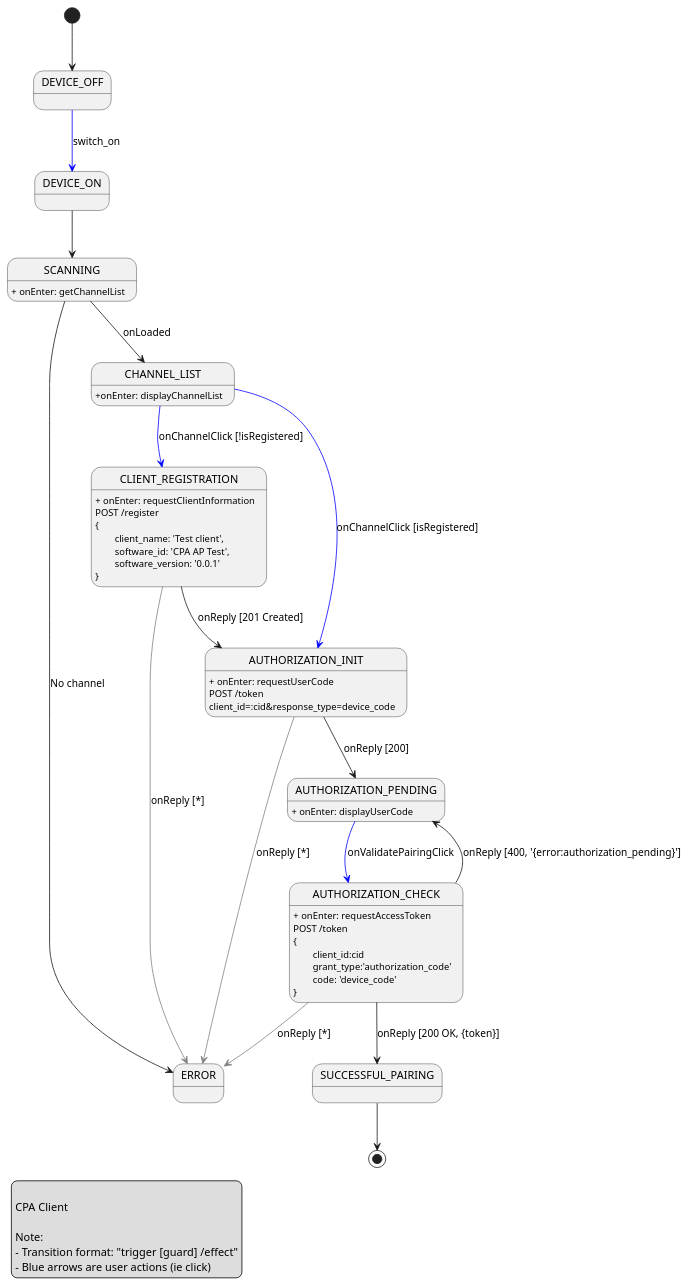
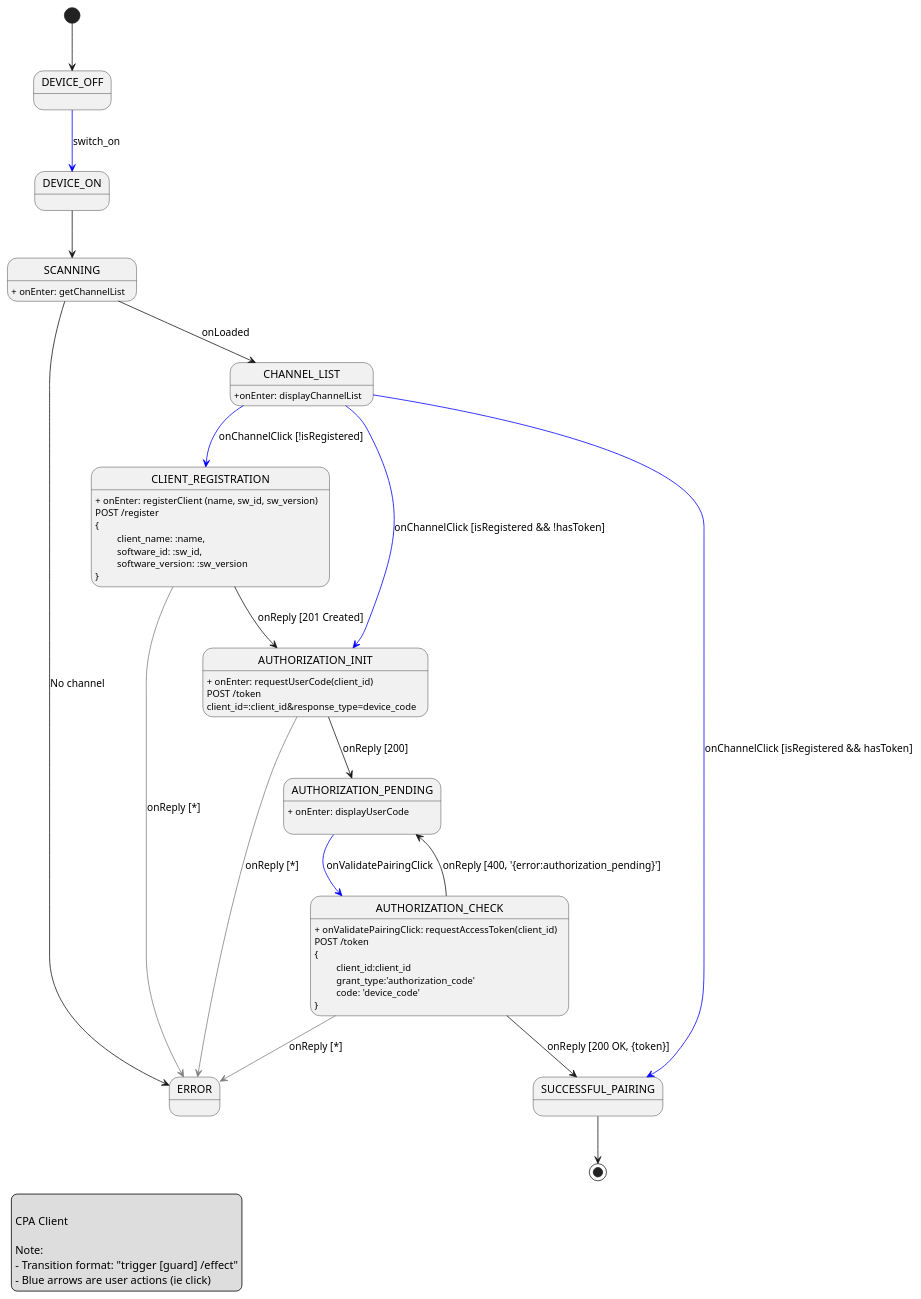
The diagram in docs/app-fsm.puml (ebu/cpa-client), drawn with PlantUML before and after one commit. The commit also changed 2 other files, not shown here.

```diff
--- a/docs/app-fsm.puml
+++ b/docs/app-fsm.puml
@@ -1,63 +1,92 @@
 @startuml
 
 
 [*] --> DEVICE_OFF
 
+'State declaration
 state DEVICE_OFF
 state SCANNING
 state CHANNEL_LIST
 state CLIENT_REGISTRATION
 state AUTHORIZATION_INIT
+state AUTHORIZATION_PENDING
+state SUCCESSFUL_PAIRING
+state ERROR
+
+
+'State definition
 
 SCANNING: + onEnter: getChannelList
 
 CHANNEL_LIST: +onEnter: displayChannelList
 
-CLIENT_REGISTRATION: + onEnter: requestClientInformation\nPOST /register \n{\n\tclient_name: 'Test client',\n\tsoftware_id: 'CPA AP Test',\n\tsoftware_version: '0.0.1'\n}
+CLIENT_REGISTRATION: + onEnter: registerClient (name, sw_id, sw_version)
+CLIENT_REGISTRATION:  POST /register
+CLIENT_REGISTRATION:  {
+CLIENT_REGISTRATION:  \t client_name: :name,
+CLIENT_REGISTRATION:  \t software_id: :sw_id,
+CLIENT_REGISTRATION:  \t software_version: :sw_version
+CLIENT_REGISTRATION:  }
 
-AUTHORIZATION_INIT: + onEnter: requestUserCode\nPOST /token\nclient_id=:cid&response_type=device_code
-AUTHORIZATION_CHECK: + onEnter: requestAccessToken\nPOST /token\n{\n\tclient_id:cid\n\tgrant_type:'authorization_code'\n\tcode: 'device_code'\n}
+
+AUTHORIZATION_INIT: + onEnter: requestUserCode(client_id)
+AUTHORIZATION_INIT: POST /token
+AUTHORIZATION_INIT: client_id=:client_id&response_type=device_code
 
 
 AUTHORIZATION_PENDING: + onEnter: displayUserCode
+AUTHORIZATION_PENDING:
 
-state AUTHORIZATION_PENDING
-state SUCCESSFUL_PAIRING
-state ERROR
+AUTHORIZATION_CHECK: + onValidatePairingClick: requestAccessToken(client_id)
+AUTHORIZATION_CHECK: POST /token
+AUTHORIZATION_CHECK: {
+AUTHORIZATION_CHECK: \t client_id:client_id
+AUTHORIZATION_CHECK: \t grant_type:'authorization_code'
+AUTHORIZATION_CHECK: \t code: 'device_code'
+AUTHORIZATION_CHECK: }
+
+
+'Transitions
 
 DEVICE_OFF -[#blue]-> DEVICE_ON: switch_on
 DEVICE_ON --> SCANNING
+
 SCANNING --> CHANNEL_LIST: onLoaded
 SCANNING -right-> ERROR: No channel
 
 CHANNEL_LIST -[#blue]-> CLIENT_REGISTRATION: onChannelClick [!isRegistered]
-CHANNEL_LIST -[#blue]-> AUTHORIZATION_INIT: onChannelClick [isRegistered]
+CHANNEL_LIST -[#blue]-> AUTHORIZATION_INIT: onChannelClick [isRegistered && !hasToken]
+CHANNEL_LIST -[#blue]-> SUCCESSFUL_PAIRING: onChannelClick [isRegistered && hasToken]
 
 CLIENT_REGISTRATION --> AUTHORIZATION_INIT: onReply [201 Created]
 CLIENT_REGISTRATION -[#gray]-> ERROR: onReply [*]
 
 AUTHORIZATION_INIT --> AUTHORIZATION_PENDING: onReply [200]
 AUTHORIZATION_INIT -[#gray]-> ERROR: onReply [*]
 
 
 AUTHORIZATION_PENDING -[#blue]-> AUTHORIZATION_CHECK: onValidatePairingClick
+
 AUTHORIZATION_CHECK --> SUCCESSFUL_PAIRING: onReply [200 OK, {token}]
 AUTHORIZATION_CHECK --> AUTHORIZATION_PENDING: onReply [400, '{error:authorization_pending}']
 AUTHORIZATION_CHECK -[#gray]-> ERROR: onReply [*]
 
 SUCCESSFUL_PAIRING --> [*]
+
+
+'Legend
 
 legend left
 
 CPA Client
 
 Note:
 - Transition format: "trigger [guard] /effect"
 - Blue arrows are user actions (ie click)
 endlegend
 
 
 
 ' note right of STATE: "transition: trigger[guard]/effect"
 
 @enduml
```
